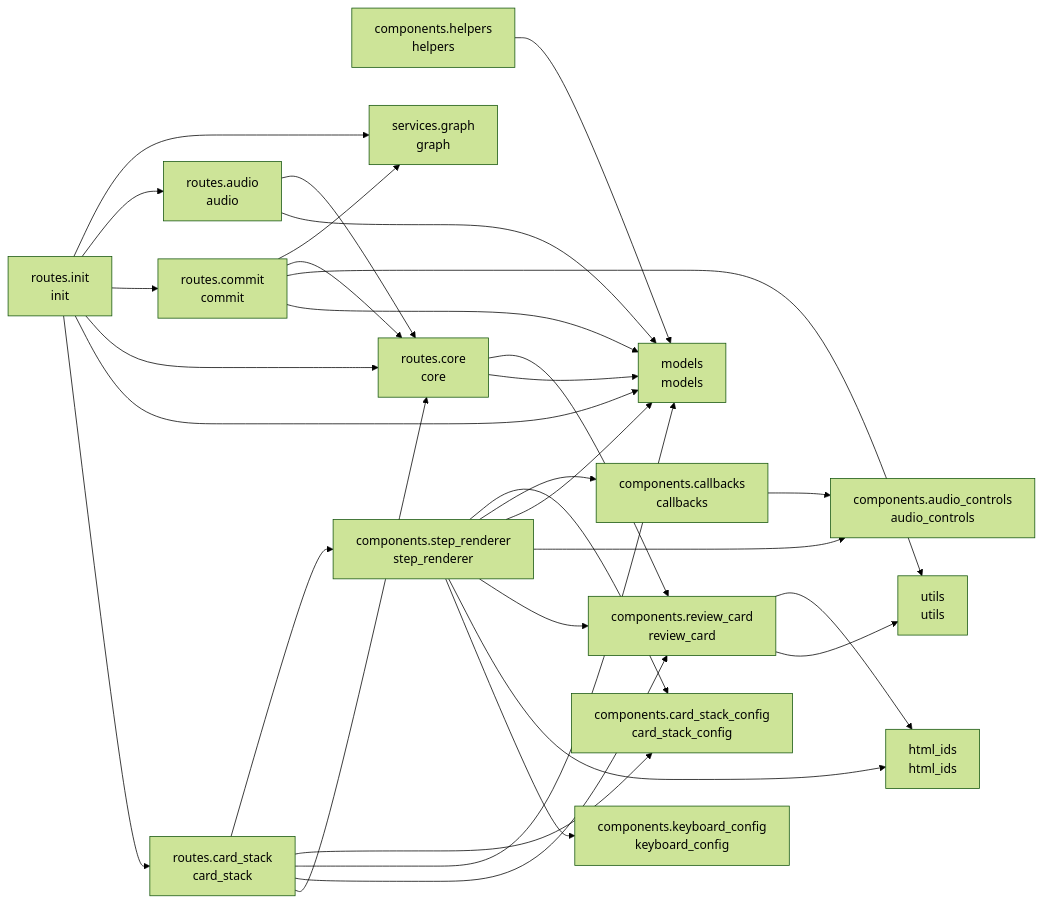
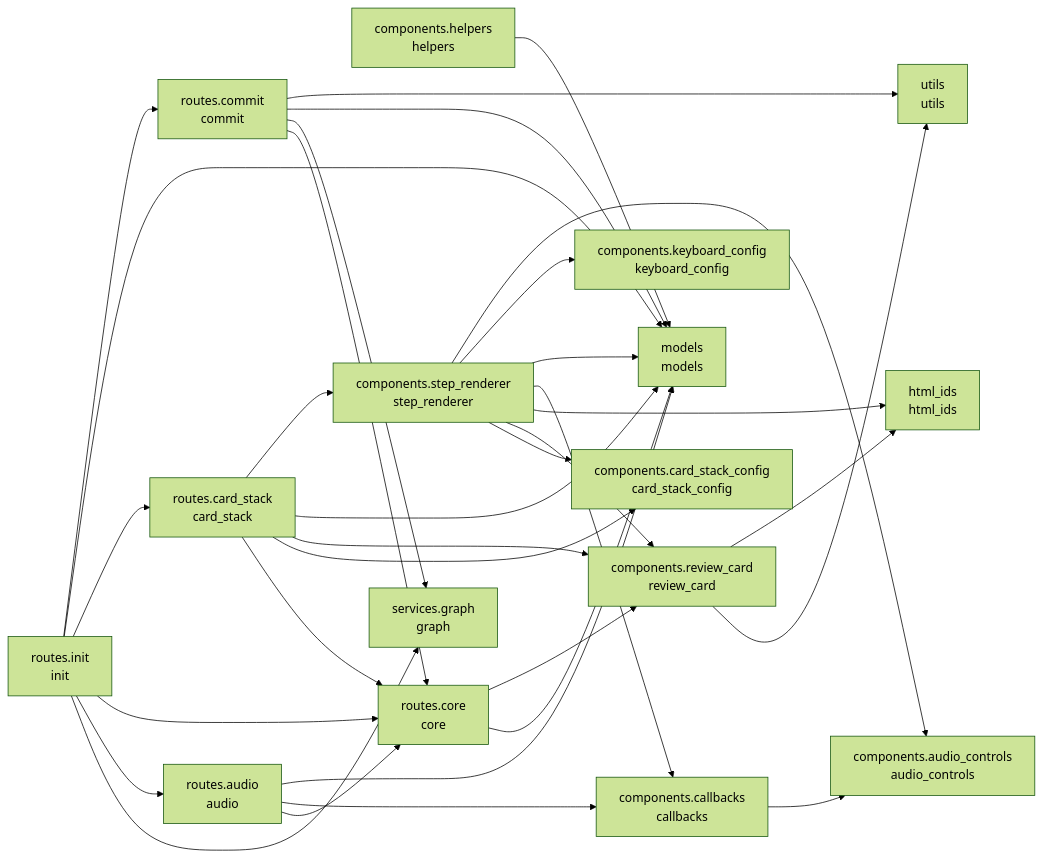
The diagram in README.md (cj-mills/cjm-transcript-review), drawn with Mermaid (forest theme) before and after one commit. The commit also changed other lines of this file and 9 other files, not shown here.

Commit message:
Adopt the cjm-fasthtml-web-audio library's shared render_speed_selector / generate_speed_change_js and bind Shift+Arrow{Up,Down} to its cycleReviewSpeed{Up,Down} helpers for keyboard-driven playback speed control.

````diff
--- a/README.md
+++ b/README.md
@@ -39,50 +39,51 @@
 ``` mermaid
 graph LR
     components_audio_controls[components.audio_controls<br/>audio_controls]
     components_callbacks[components.callbacks<br/>callbacks]
     components_card_stack_config[components.card_stack_config<br/>card_stack_config]
     components_helpers[components.helpers<br/>helpers]
     components_keyboard_config[components.keyboard_config<br/>keyboard_config]
     components_review_card[components.review_card<br/>review_card]
     components_step_renderer[components.step_renderer<br/>step_renderer]
     html_ids[html_ids<br/>html_ids]
     models[models<br/>models]
     routes_audio[routes.audio<br/>audio]
     routes_card_stack[routes.card_stack<br/>card_stack]
     routes_commit[routes.commit<br/>commit]
     routes_core[routes.core<br/>core]
     routes_init[routes.init<br/>init]
     services_graph[services.graph<br/>graph]
     utils[utils<br/>utils]
 
     components_callbacks --> components_audio_controls
     components_helpers --> models
     components_review_card --> utils
     components_review_card --> html_ids
+    components_step_renderer --> components_card_stack_config
+    components_step_renderer --> components_review_card
+    components_step_renderer --> html_ids
+    components_step_renderer --> components_callbacks
+    components_step_renderer --> models
     components_step_renderer --> components_keyboard_config
-    components_step_renderer --> html_ids
-    components_step_renderer --> components_review_card
     components_step_renderer --> components_audio_controls
-    components_step_renderer --> models
-    components_step_renderer --> components_callbacks
-    components_step_renderer --> components_card_stack_config
+    routes_audio --> routes_core
+    routes_audio --> components_callbacks
     routes_audio --> models
-    routes_audio --> routes_core
     routes_card_stack --> routes_core
+    routes_card_stack --> components_card_stack_config
     routes_card_stack --> components_review_card
     routes_card_stack --> models
-    routes_card_stack --> components_card_stack_config
     routes_card_stack --> components_step_renderer
+    routes_commit --> routes_core
+    routes_commit --> services_graph
     routes_commit --> models
     routes_commit --> utils
-    routes_commit --> routes_core
-    routes_commit --> services_graph
     routes_core --> models
     routes_core --> components_review_card
+    routes_init --> services_graph
+    routes_init --> routes_audio
+    routes_init --> routes_core
     routes_init --> routes_card_stack
     routes_init --> models
-    routes_init --> routes_core
     routes_init --> routes_commit
-    routes_init --> routes_audio
-    routes_init --> services_graph
 ```
````
